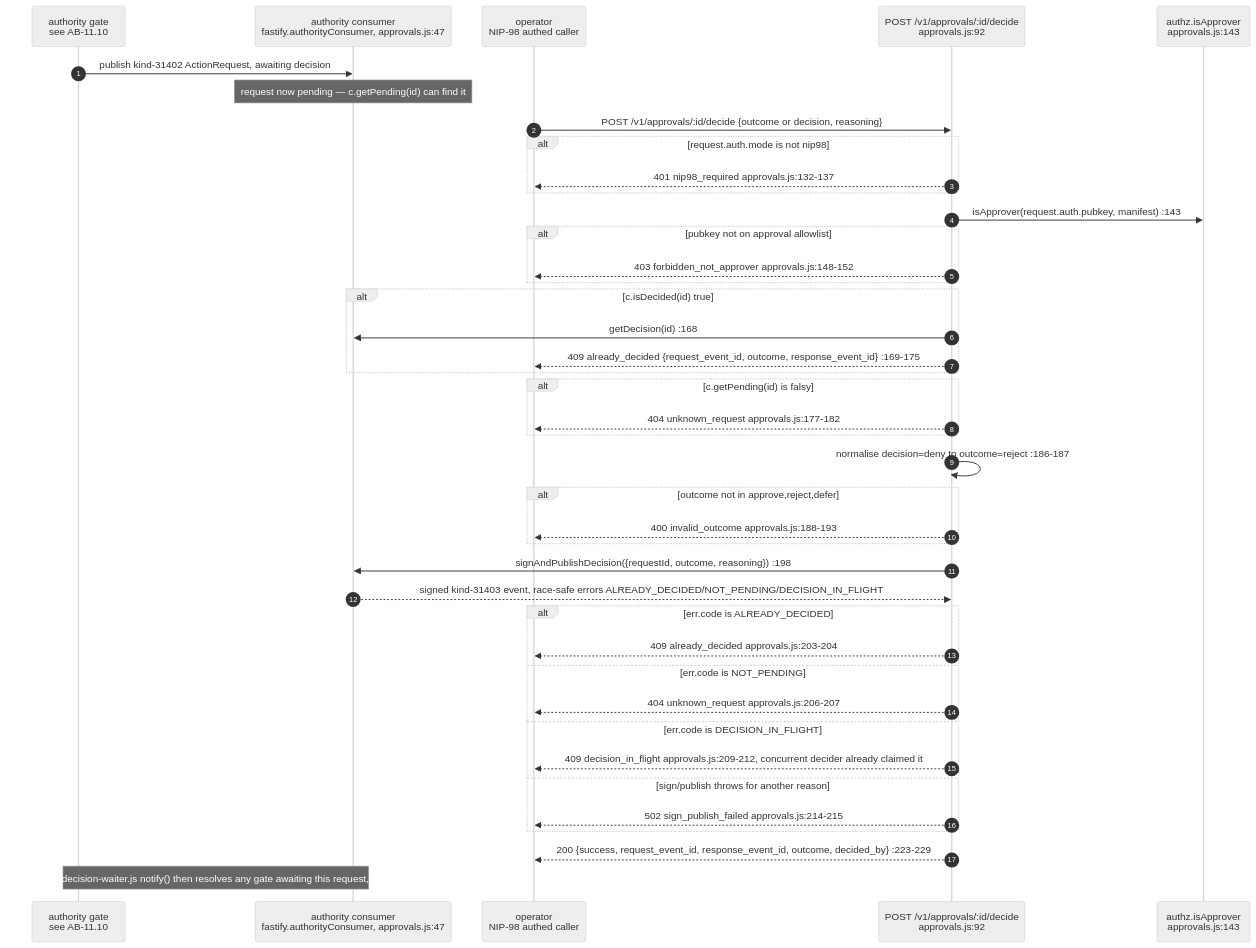
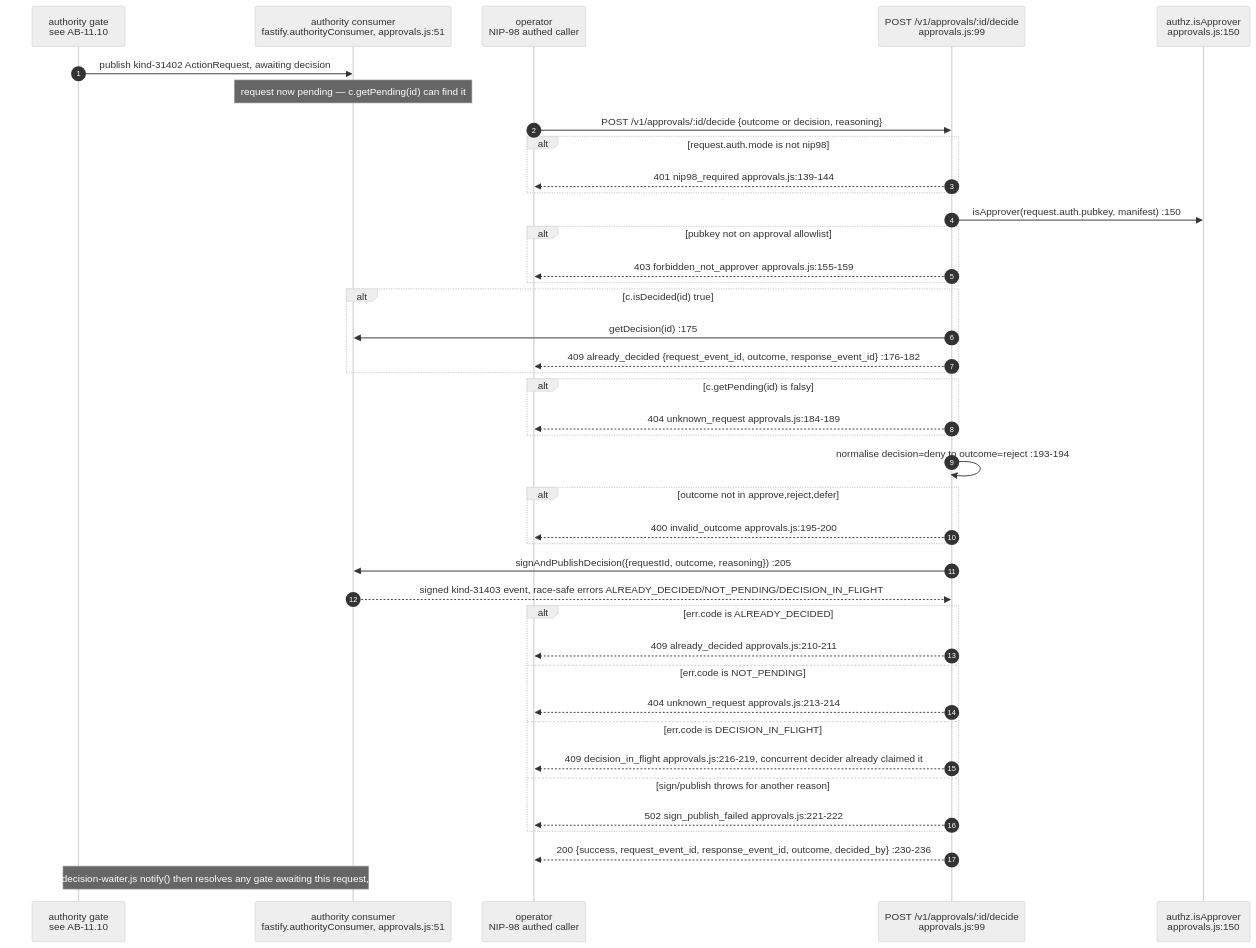
One commit to DreamLab-AI/VisionFlow changed the fourth of 15 diagrams in docs/diagrams/agentbox/14-governance-journal-actions-approvals.md. Above: the diagram before and after it, drawn with Mermaid (neutral theme). The commit also changed other lines of this file and 160 other files, not shown here.

````diff
--- a/docs/diagrams/agentbox/14-governance-journal-actions-approvals.md
+++ b/docs/diagrams/agentbox/14-governance-journal-actions-approvals.md
@@ -213,44 +216,44 @@
 ```mermaid
 sequenceDiagram
     autonumber
     participant AG as authority gate<br/>see AB-11.10
-    participant AC as authority consumer<br/>fastify.authorityConsumer, approvals.js:47
+    participant AC as authority consumer<br/>fastify.authorityConsumer, approvals.js:51
     participant OP as operator<br/>NIP-98 authed caller
-    participant RT as POST /v1/approvals/:id/decide<br/>approvals.js:92
-    participant AUTHZ as authz.isApprover<br/>approvals.js:143
+    participant RT as POST /v1/approvals/:id/decide<br/>approvals.js:99
+    participant AUTHZ as authz.isApprover<br/>approvals.js:150
 
     AG->>AC: publish kind-31402 ActionRequest, awaiting decision
     Note over AC: request now pending — c.getPending(id) can find it
     OP->>RT: POST /v1/approvals/:id/decide {outcome or decision, reasoning}
     alt request.auth.mode is not nip98
-        RT-->>OP: 401 nip98_required approvals.js:132-137
+        RT-->>OP: 401 nip98_required approvals.js:139-144
     end
-    RT->>AUTHZ: isApprover(request.auth.pubkey, manifest) :143
+    RT->>AUTHZ: isApprover(request.auth.pubkey, manifest) :150
     alt pubkey not on approval allowlist
-        RT-->>OP: 403 forbidden_not_approver approvals.js:148-152
+        RT-->>OP: 403 forbidden_not_approver approvals.js:155-159
     end
     alt c.isDecided(id) true
-        RT->>AC: getDecision(id) :168
-        RT-->>OP: 409 already_decided {request_event_id, outcome, response_event_id} :169-175
+        RT->>AC: getDecision(id) :175
+        RT-->>OP: 409 already_decided {request_event_id, outcome, response_event_id} :176-182
     end
     alt c.getPending(id) is falsy
-        RT-->>OP: 404 unknown_request approvals.js:177-182
+        RT-->>OP: 404 unknown_request approvals.js:184-189
     end
-    RT->>RT: normalise decision=deny to outcome=reject :186-187
+    RT->>RT: normalise decision=deny to outcome=reject :193-194
     alt outcome not in approve,reject,defer
-        RT-->>OP: 400 invalid_outcome approvals.js:188-193
+        RT-->>OP: 400 invalid_outcome approvals.js:195-200
     end
-    RT->>AC: signAndPublishDecision({requestId, outcome, reasoning}) :198
+    RT->>AC: signAndPublishDecision({requestId, outcome, reasoning}) :205
     AC-->>RT: signed kind-31403 event, race-safe errors ALREADY_DECIDED/NOT_PENDING/DECISION_IN_FLIGHT
     alt err.code is ALREADY_DECIDED
-        RT-->>OP: 409 already_decided approvals.js:203-204
+        RT-->>OP: 409 already_decided approvals.js:210-211
     else err.code is NOT_PENDING
-        RT-->>OP: 404 unknown_request approvals.js:206-207
+        RT-->>OP: 404 unknown_request approvals.js:213-214
     else err.code is DECISION_IN_FLIGHT
-        RT-->>OP: 409 decision_in_flight approvals.js:209-212, concurrent decider already claimed it
+        RT-->>OP: 409 decision_in_flight approvals.js:216-219, concurrent decider already claimed it
     else sign/publish throws for another reason
-        RT-->>OP: 502 sign_publish_failed approvals.js:214-215
+        RT-->>OP: 502 sign_publish_failed approvals.js:221-222
     end
-    RT-->>OP: 200 {success, request_event_id, response_event_id, outcome, decided_by} :223-229
+    RT-->>OP: 200 {success, request_event_id, response_event_id, outcome, decided_by} :230-236
     Note over AG,AC: governance-decision-waiter.js notify() then resolves any gate awaiting this request, see AB-14.6
 ```
````
